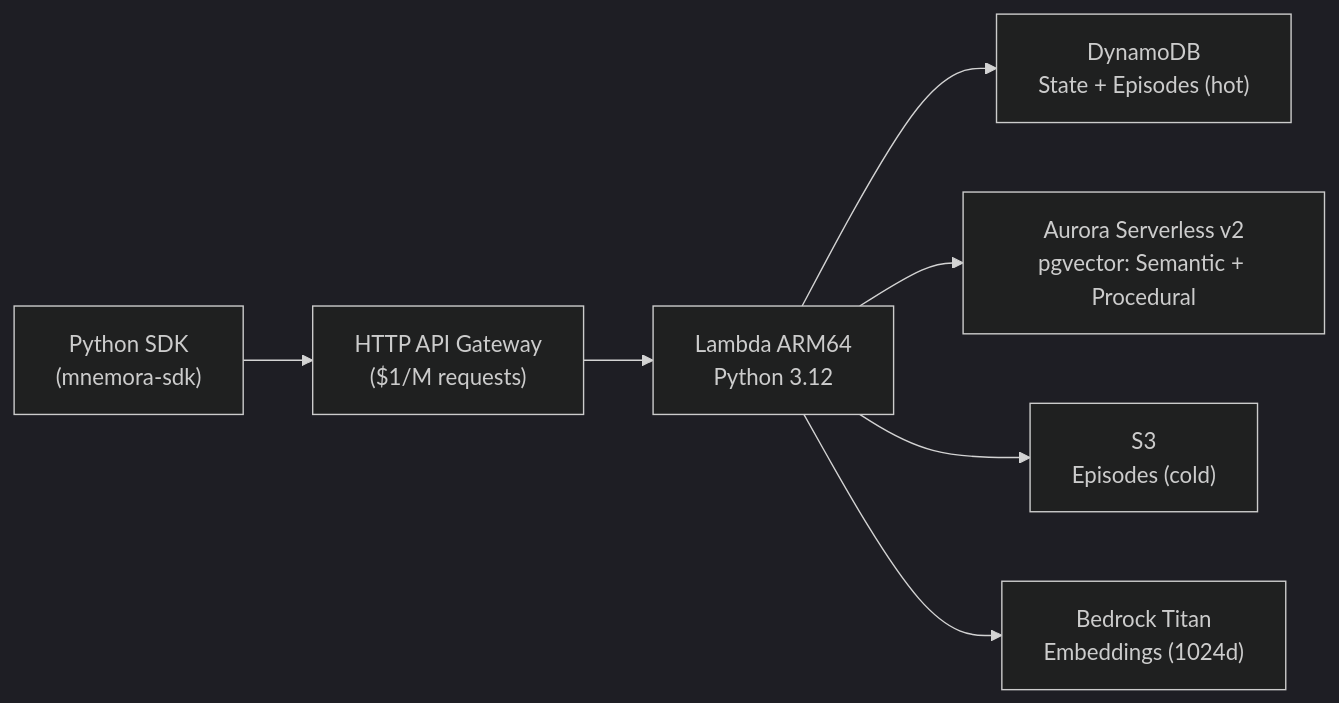
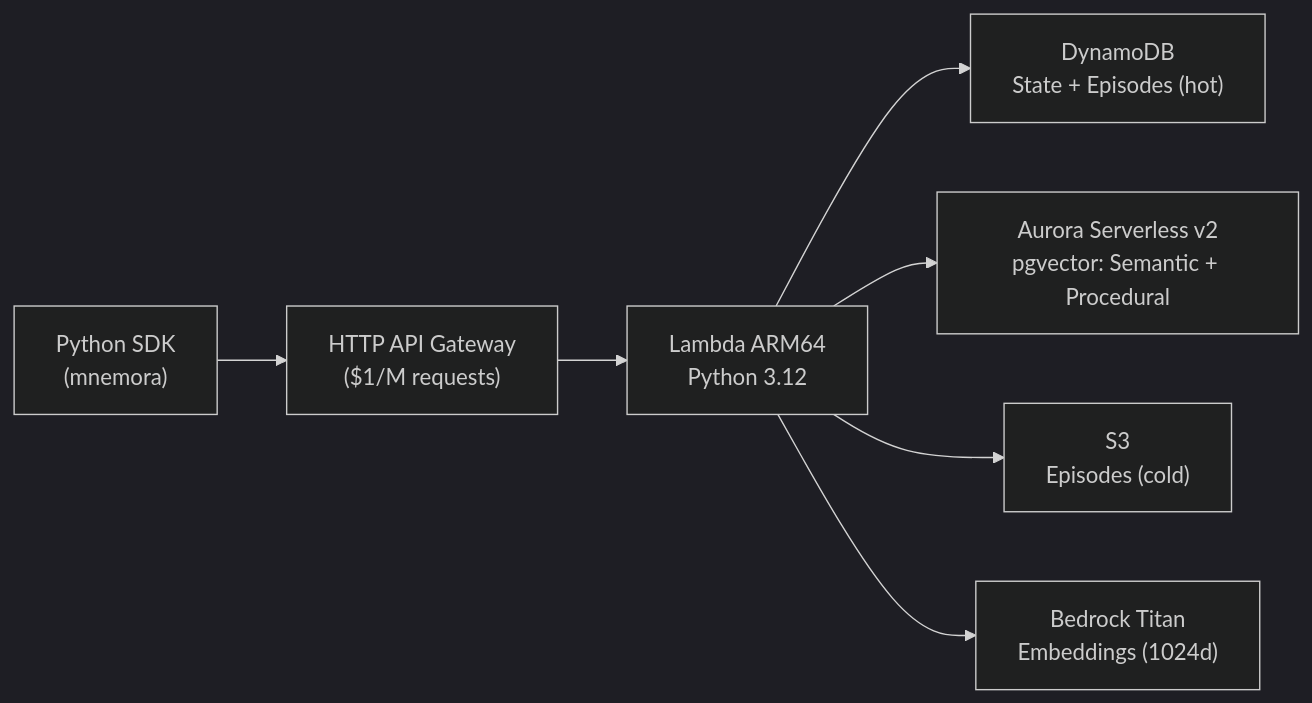
One commit to mnemora-db/mnemora changed the diagram in README.md. Above: the diagram before and after it, drawn with Mermaid (dark theme). The commit also changed other lines of this file and 5 other files, not shown here.

````diff
--- a/README.md
+++ b/README.md
@@ -34,16 +34,16 @@
 ```mermaid
 graph LR
-    SDK["Python SDK\n(mnemora-sdk)"]
+    SDK["Python SDK\n(mnemora)"]
     APIGW["HTTP API Gateway\n($1/M requests)"]
     LAMBDA["Lambda ARM64\nPython 3.12"]
     DYNAMO["DynamoDB\nState + Episodes (hot)"]
     AURORA["Aurora Serverless v2\npgvector: Semantic + Procedural"]
     S3["S3\nEpisodes (cold)"]
     BEDROCK["Bedrock Titan\nEmbeddings (1024d)"]
 
     SDK --> APIGW --> LAMBDA
     LAMBDA --> DYNAMO
     LAMBDA --> AURORA
     LAMBDA --> S3
     LAMBDA --> BEDROCK
 ```
````
